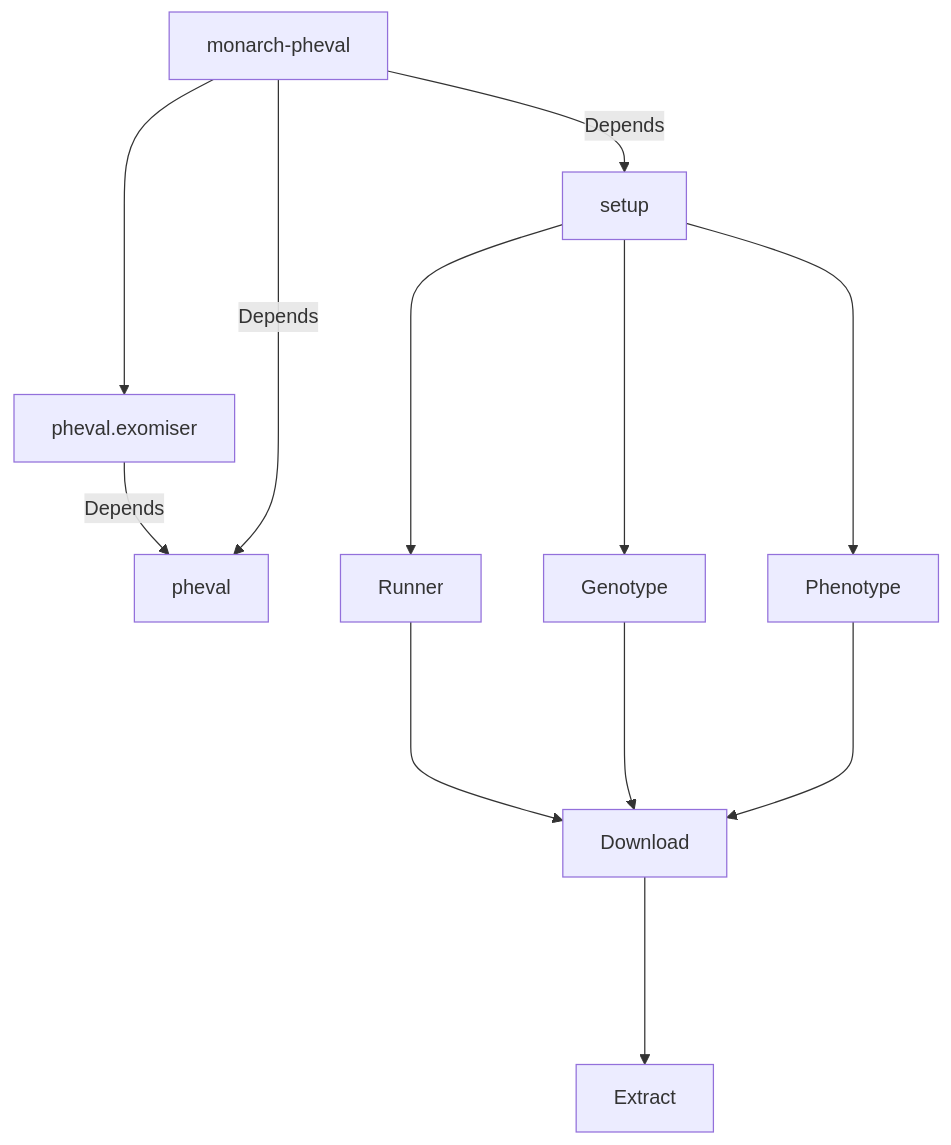
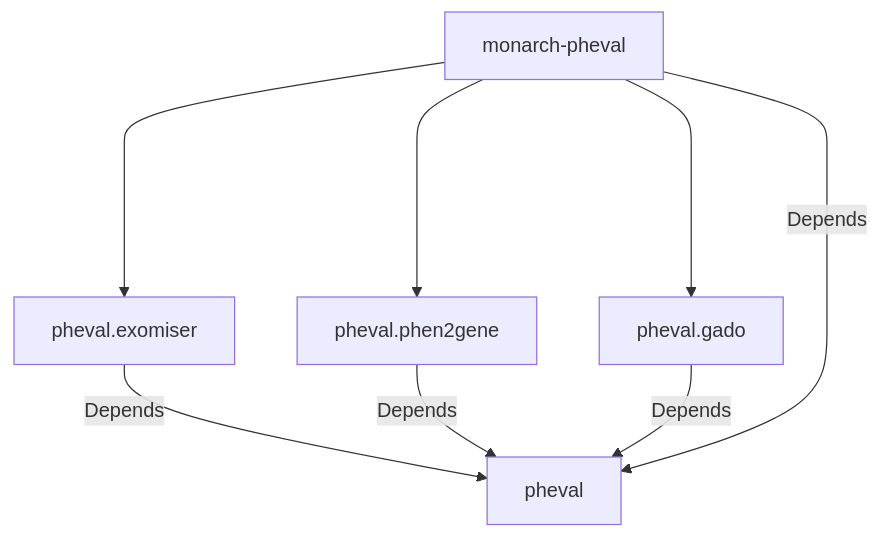
The diagram in README.md (monarch-initiative/monarch_pheval), drawn with Mermaid before and after one commit. The commit also changed other lines of this file, not shown here.

Commit message:
Updating README file

````diff
--- a/README.md
+++ b/README.md
@@ -16,17 +16,21 @@
 ```mermaid
 graph TD;
     A[monarch-pheval]---->C[pheval.exomiser];
+    A[monarch-pheval]---->C1[pheval.phen2gene];
+    A[monarch-pheval]---->C2[pheval.gado];
     C--Depends-->P[pheval];
+    C1--Depends-->P[pheval];
+    C2--Depends-->P[pheval];
     A--Depends-->P[pheval];
-    S[setup];
-    A--Depends-->S[setup];
-    S---->D[Genotype];
-    S---->E[Phenotype];
-    S---->R[Runner];
-    F[Download];
-    G[Extract];
-    R---->F
-    D---->F
-    E---->F
-    F---->G
+    %% S[setup];
+    %% A--Depends-->S[setup];
+    %% S---->D[Genotype];
+    %% S---->E[Phenotype];
+    %% S---->R[Runner];
+    %% F[Download];
+    %% G[Extract];
+    %% R---->F
+    %% D---->F
+    %% E---->F
+    %% F---->G
 ```
````
